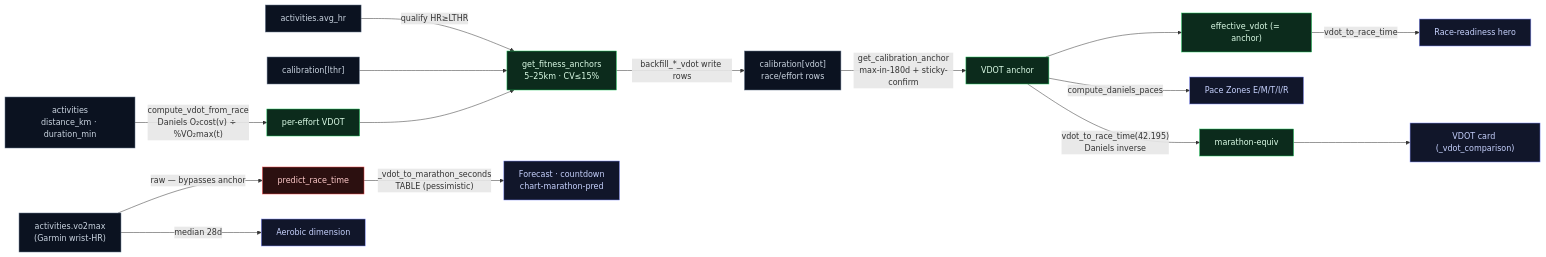
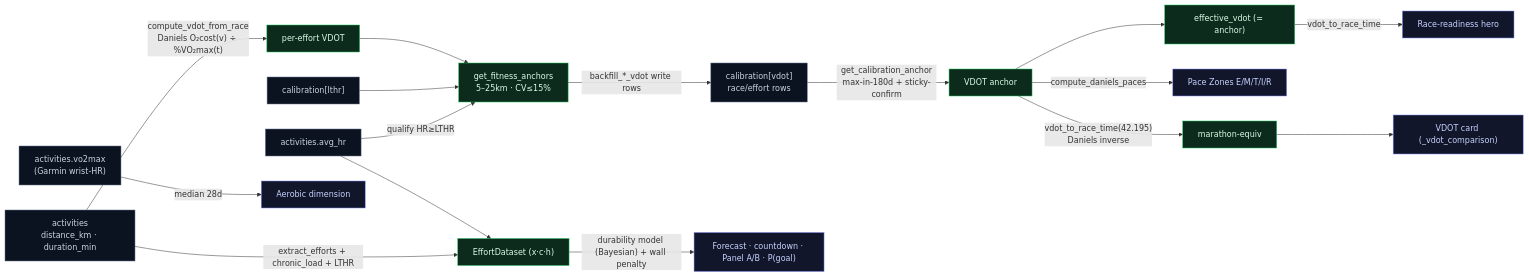
One commit to BigCrunsh/fit changed the second of 6 diagrams in DATA_LINEAGE.md. Above: the diagram before and after it, drawn with Mermaid. The commit also changed other lines of this file and 1 other file, not shown here.

````diff
--- a/DATA_LINEAGE.md
+++ b/DATA_LINEAGE.md
@@ -101,25 +104,26 @@
 ```mermaid
 flowchart LR
   classDef src fill:#0b1220,stroke:#64748b,color:#cbd5e1
   classDef fn fill:#0c2b1c,stroke:#22c55e,color:#dcfce7
   classDef dup fill:#2c1010,stroke:#ef4444,color:#fecaca
   classDef out fill:#11162a,stroke:#818cf8,color:#c7d2fe
   RT["activities<br/>distance_km · duration_min"]:::src
   HR["activities.avg_hr"]:::src
   LT["calibration[lthr]"]:::src
   VO2["activities.vo2max<br/>(Garmin wrist-HR)"]:::src
   RT -->|"compute_vdot_from_race<br/>Daniels O₂cost(v) ÷ %VO₂max(t)"| PV["per-effort VDOT"]:::fn
   HR -->|"qualify HR≥LTHR"| GFA["get_fitness_anchors<br/>5–25km · CV≤15%"]:::fn
   LT --> GFA
   PV --> GFA
   GFA -->|"backfill_*_vdot write rows"| CV["calibration[vdot]<br/>race/effort rows"]:::src
   CV -->|"get_calibration_anchor<br/>max-in-180d + sticky-confirm"| AN["VDOT anchor"]:::fn
   AN --> EF["effective_vdot (= anchor)"]:::fn
   AN -->|"compute_daniels_paces"| PZ["Pace Zones E/M/T/I/R"]:::out
   AN -->|"vdot_to_race_time(42.195)<br/>Daniels inverse"| ME["marathon-equiv"]:::fn
   ME --> VC["VDOT card (_vdot_comparison)"]:::out
   EF -->|"vdot_to_race_time"| RH["Race-readiness hero"]:::out
-  VO2 -->|"raw — bypasses anchor"| PR["predict_race_time"]:::dup
-  PR -->|"_vdot_to_marathon_seconds<br/>TABLE (pessimistic)"| FC["Forecast · countdown<br/>chart-marathon-pred"]:::out
+  RT -->|"extract_efforts + chronic_load + LTHR"| EFFP["EffortDataset (x·c·h)"]:::fn
+  HR --> EFFP
+  EFFP -->|"durability model (Bayesian) + wall penalty"| FC["Forecast · countdown · Panel A/B · P(goal)"]:::out
   VO2 -->|"median 28d"| AE["Aerobic dimension"]:::out
 ```
````
